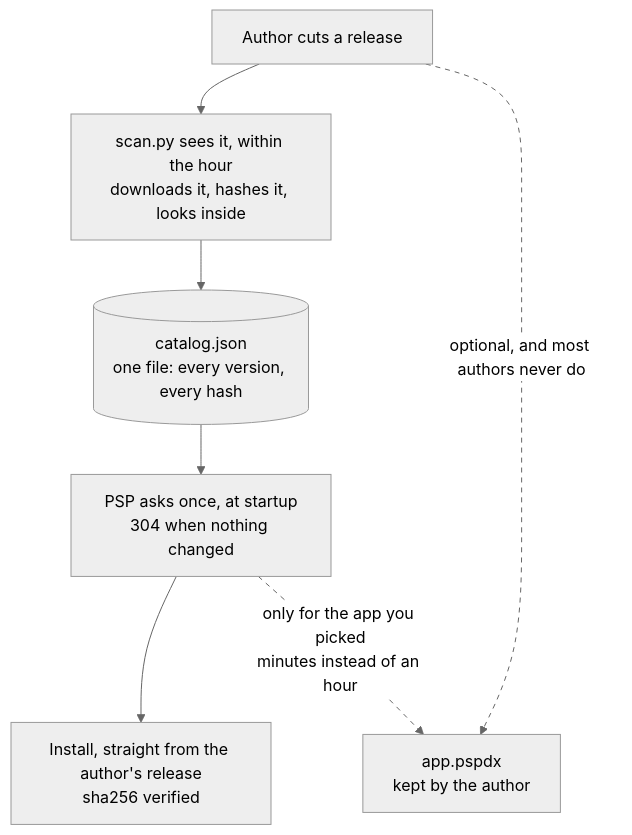
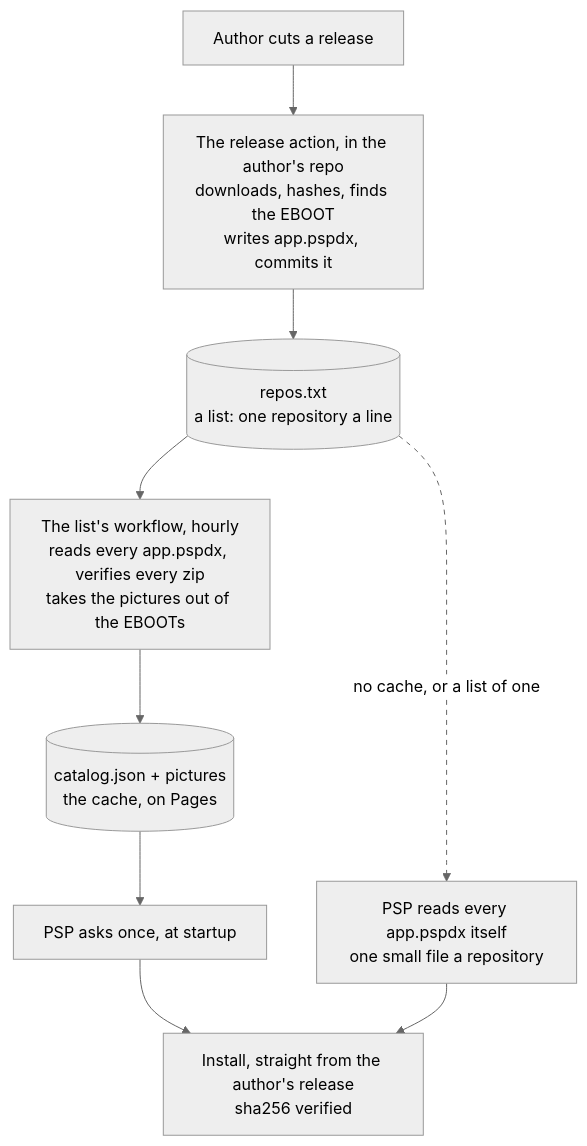
The diagram in architecture.md (chriopter/pspdx), drawn with Mermaid (neutral theme) before and after one commit. The commit also changed other lines of this file and 39 other files, not shown here.

````diff
--- a/architecture.md
+++ b/architecture.md
@@ -12,12 +13,12 @@
 ```mermaid
 flowchart TD
-    A["Author cuts a release"] --> B["scan.py sees it, within the hour<br/>downloads it, hashes it, looks inside"]
-    B --> C[("catalog.json<br/>one file: every version, every hash")]
-    C --> D["PSP asks once, at startup<br/>304 when nothing changed"]
-    D --> E["Install, straight from the author's release<br/>sha256 verified"]
-
-    A -. "optional, and most authors never do" .-> M["app.pspdx<br/>kept by the author"]
-    D -. "only for the app you picked<br/>minutes instead of an hour" .-> M
-
-    linkStyle 4,5 stroke-dasharray:5
+    A["Author cuts a release"] --> B["The release action, in the author's repo<br/>downloads, hashes, finds the EBOOT<br/>writes app.pspdx, commits it"]
+    B --> L[("repos.txt<br/>a list: one repository a line")]
+    L --> C["The list's workflow, hourly<br/>reads every app.pspdx, verifies every zip<br/>takes the pictures out of the EBOOTs"]
+    C --> D[("catalog.json + pictures<br/>the cache, on Pages")]
+    D --> E["PSP asks once, at startup"]
+    L -. "no cache, or a list of one" .-> F["PSP reads every app.pspdx itself<br/>one small file a repository"]
+    E --> G["Install, straight from the author's release<br/>sha256 verified"]
+    F --> G
+    linkStyle 5 stroke-dasharray:5
 ```
````
